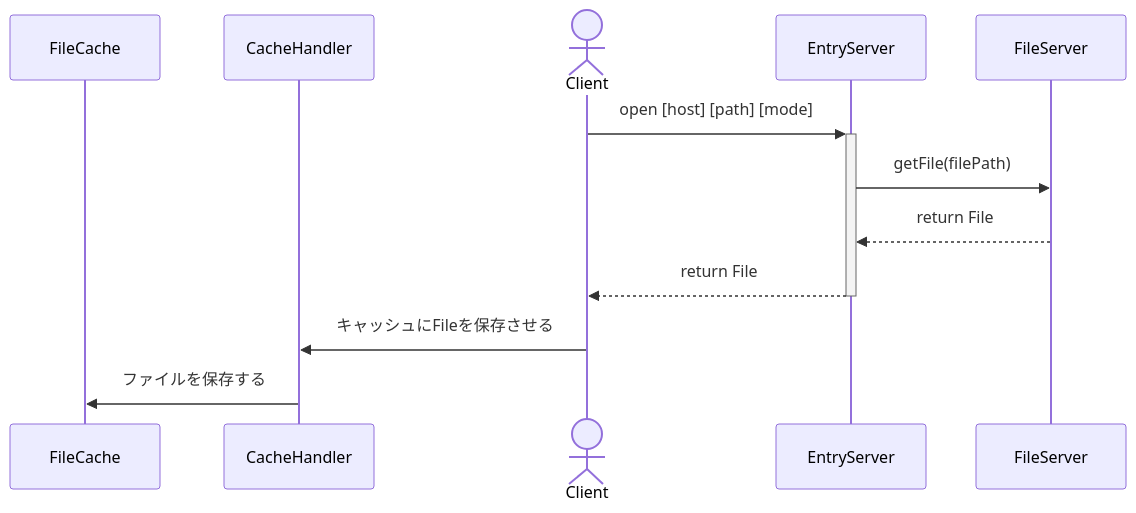
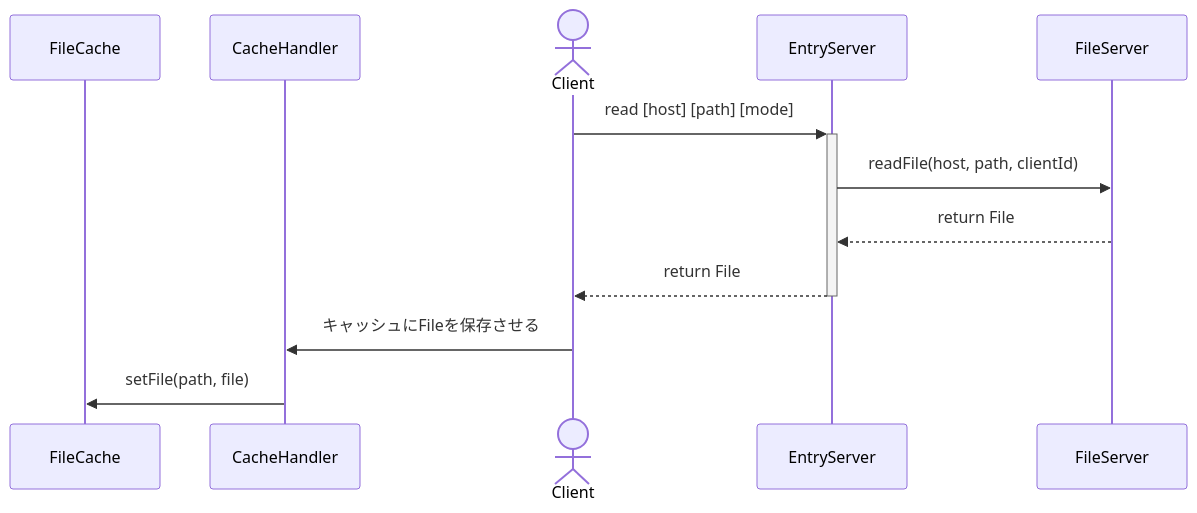
Before and after one commit to kaitokimuraofficial/distributed-file-systems: the first of 4 diagrams in diagram/sequence.md, drawn with Mermaid. The commit also changed other lines of this file, not shown here.

````diff
--- a/diagram/sequence.md
+++ b/diagram/sequence.md
@@ -2,16 +2,16 @@
 ```mermaid
 sequenceDiagram
 
   participant FC as FileCache
   participant CH as CacheHandler
   actor C as Client
   participant ES as EntryServer　
   participant FS as FileServer
 
-  C->>+ES: open [host] [path] [mode]
-  ES->>FS: getFile(filePath)
+  C->>+ES: read [host] [path] [mode]
+  ES->>FS: readFile(host, path, clientId)
   FS-->>ES: return File
   ES-->>-C: return File
   C->>CH: キャッシュにFileを保存させる
-  CH->>FC: ファイルを保存する
+  CH->>FC: setFile(path, file)
 ```
````
